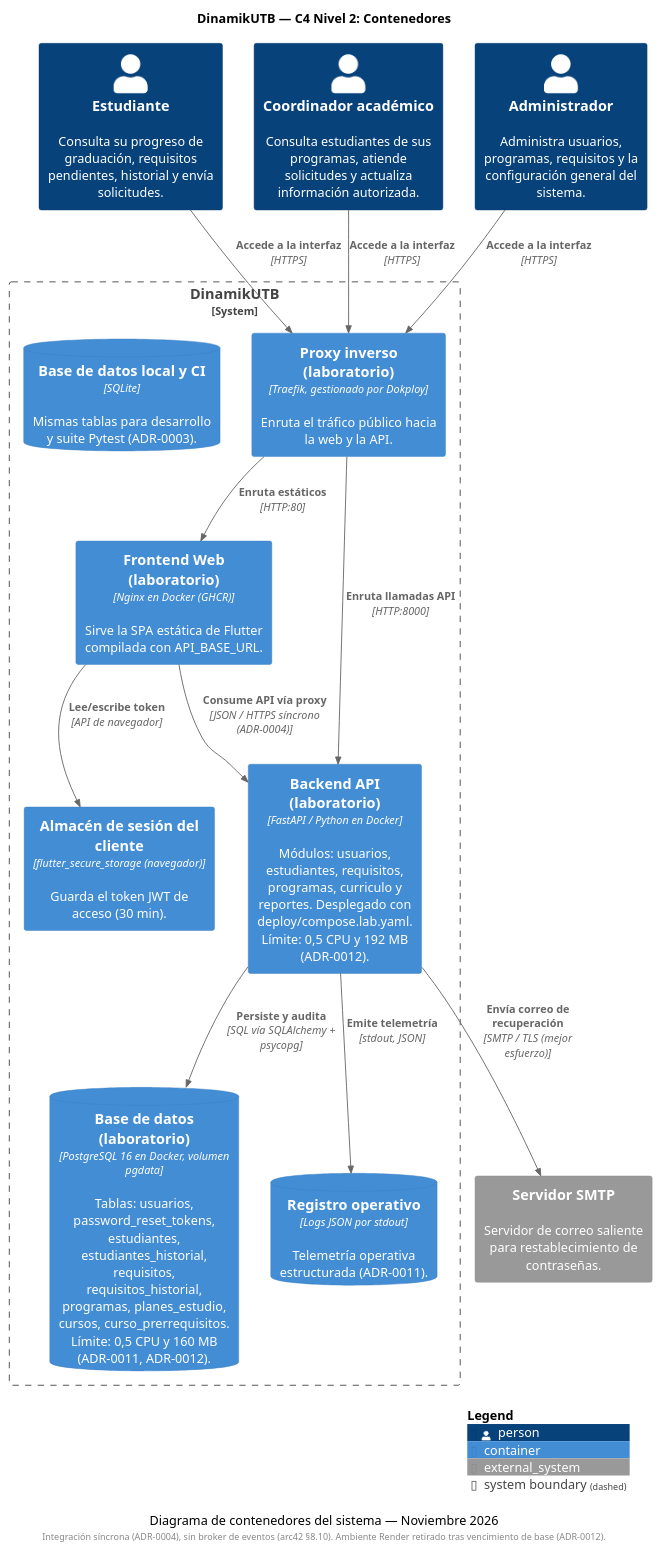
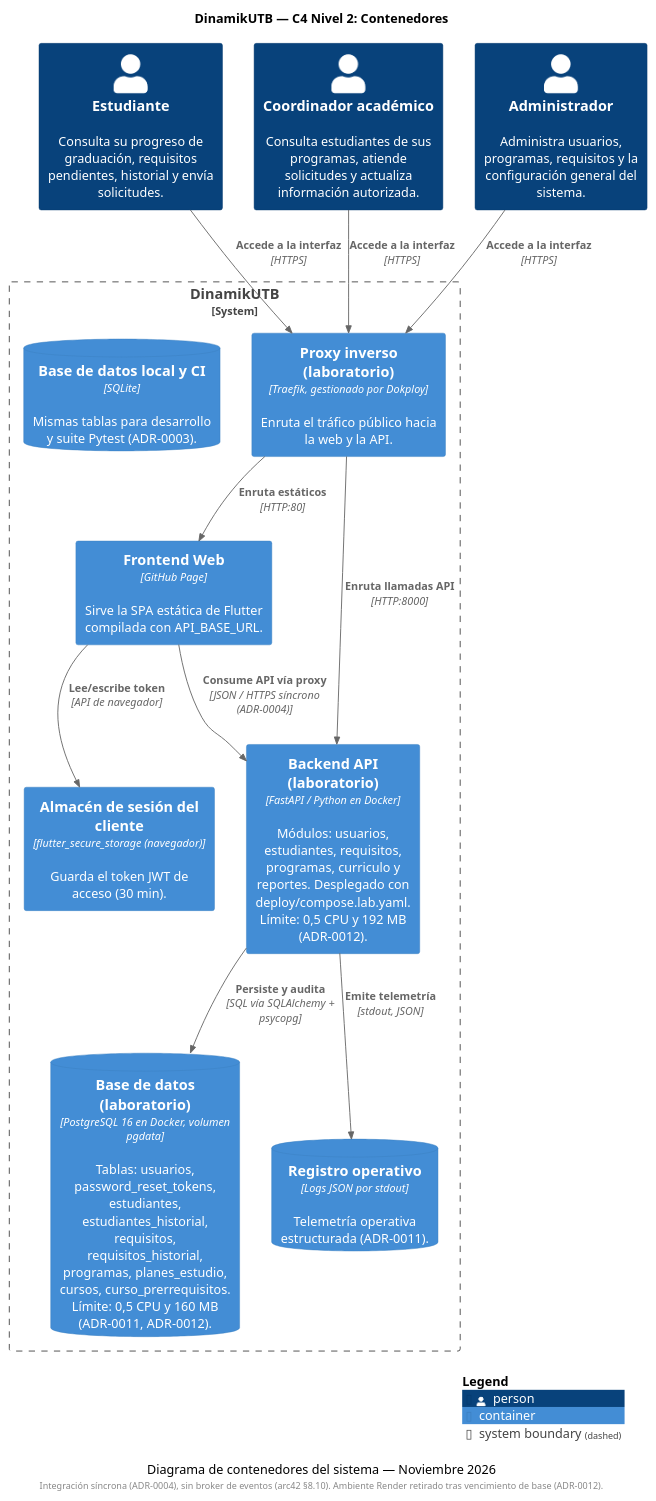
The diagram in docs/c4/contenedores.puml (ISCOUTB/AS_202620_DinamikUTB), drawn with PlantUML before and after one commit. The commit also changed 3 other files, not shown here.

```diff
--- a/docs/c4/contenedores.puml
+++ b/docs/c4/contenedores.puml
@@ -1,41 +1,40 @@
 @startuml
 !include https://raw.githubusercontent.com/plantuml-stdlib/C4-PlantUML/master/C4_Container.puml
 
 title DinamikUTB — C4 Nivel 2: Contenedores
 caption Diagrama de contenedores del sistema — Noviembre 2026
 
 Person(estudiante, "Estudiante", "Consulta su progreso de graduación, requisitos pendientes, historial y envía solicitudes.")
 Person(coordinador, "Coordinador académico", "Consulta estudiantes de sus programas, atiende solicitudes y actualiza información autorizada.")
 Person(administrador, "Administrador", "Administra usuarios, programas, requisitos y la configuración general del sistema.")
 
 System_Boundary(dinamik, "DinamikUTB") {
     Container(token_store, "Almacén de sesión del cliente", "flutter_secure_storage (navegador)", "Guarda el token JWT de acceso (30 min).")
 
     Container(proxy, "Proxy inverso (laboratorio)", "Traefik, gestionado por Dokploy", "Enruta el tráfico público hacia la web y la API.")
-    Container(web_lab, "Frontend Web (laboratorio)", "Nginx en Docker (GHCR)", "Sirve la SPA estática de Flutter compilada con API_BASE_URL.")
+    Container(web_lab, "Frontend Web ", "GitHub Page", "Sirve la SPA estática de Flutter compilada con API_BASE_URL.")
 
     Container(backend_lab, "Backend API (laboratorio)", "FastAPI / Python en Docker", "Módulos: usuarios, estudiantes, requisitos, programas, curriculo y reportes. Desplegado con deploy/compose.lab.yaml. Límite: 0,5 CPU y 192 MB (ADR-0012).")
     ContainerDb(database_lab, "Base de datos (laboratorio)", "PostgreSQL 16 en Docker, volumen pgdata", "Tablas: usuarios, password_reset_tokens, estudiantes, estudiantes_historial, requisitos, requisitos_historial, programas, planes_estudio, cursos, curso_prerrequisitos. Límite: 0,5 CPU y 160 MB (ADR-0011, ADR-0012).")
 
     ContainerDb(database_local, "Base de datos local y CI", "SQLite", "Mismas tablas para desarrollo y suite Pytest (ADR-0003).")
     ContainerDb(logs, "Registro operativo", "Logs JSON por stdout", "Telemetría operativa estructurada (ADR-0011).")
 }
 
-System_Ext(smtp, "Servidor SMTP", "Servidor de correo saliente para restablecimiento de contraseñas.")
 
 Rel(estudiante, proxy, "Accede a la interfaz", "HTTPS")
 Rel(coordinador, proxy, "Accede a la interfaz", "HTTPS")
 Rel(administrador, proxy, "Accede a la interfaz", "HTTPS")
 
 Rel(proxy, web_lab, "Enruta estáticos", "HTTP:80")
 Rel(web_lab, token_store, "Lee/escribe token", "API de navegador")
 Rel(proxy, backend_lab, "Enruta llamadas API", "HTTP:8000")
 
 Rel(web_lab, backend_lab, "Consume API vía proxy", "JSON / HTTPS síncrono (ADR-0004)")
 Rel(backend_lab, database_lab, "Persiste y audita", "SQL vía SQLAlchemy + psycopg")
-Rel(backend_lab, smtp, "Envía correo de recuperación", "SMTP / TLS (mejor esfuerzo)")
+
 Rel(backend_lab, logs, "Emite telemetría", "stdout, JSON")
 
 footer Integración síncrona (ADR-0004), sin broker de eventos (arc42 §8.10). Ambiente Render retirado tras vencimiento de base (ADR-0012).
 SHOW_LEGEND()
 @enduml
```
